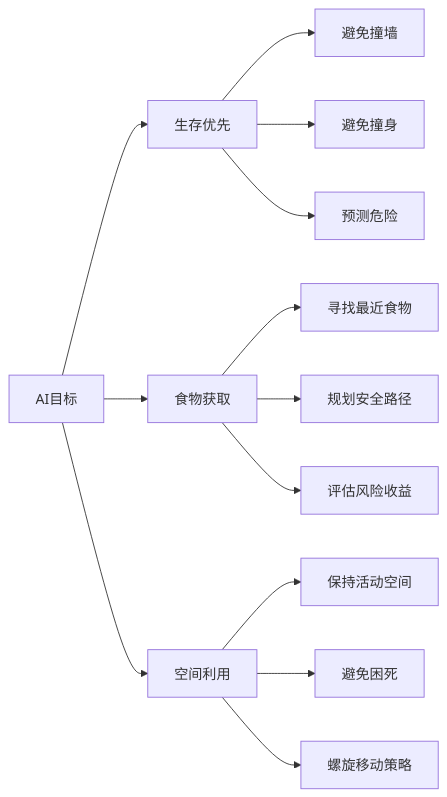
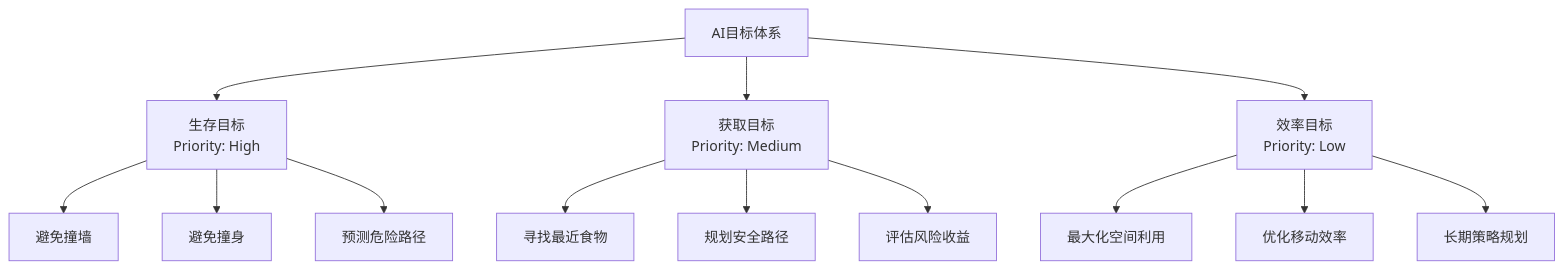
The third of 10 diagrams in 课时3-游戏AI与智能化/README.md (youjing-mz/snake), drawn with Mermaid before and after one commit. The commit also changed other lines of this file and 8 other files, not shown here.

````diff
--- a/课时3-游戏AI与智能化/README.md
+++ b/课时3-游戏AI与智能化/README.md
@@ -64,18 +75,18 @@
 ```mermaid
-graph LR
-    A[AI目标] --> B[生存优先]
-    A --> C[食物获取]
-    A --> D[空间利用]
+graph TD
+    A[AI目标体系] --> B[生存目标<br/>Priority: High]
+    A --> C[获取目标<br/>Priority: Medium]
+    A --> D[效率目标<br/>Priority: Low]
     
     B --> B1[避免撞墙]
     B --> B2[避免撞身]
-    B --> B3[预测危险]
+    B --> B3[预测危险路径]
     
     C --> C1[寻找最近食物]
     C --> C2[规划安全路径]
     C --> C3[评估风险收益]
     
-    D --> D1[保持活动空间]
-    D --> D2[避免困死]
-    D --> D3[螺旋移动策略]
+    D --> D1[最大化空间利用]
+    D --> D2[优化移动效率]
+    D --> D3[长期策略规划]
 ```
````
